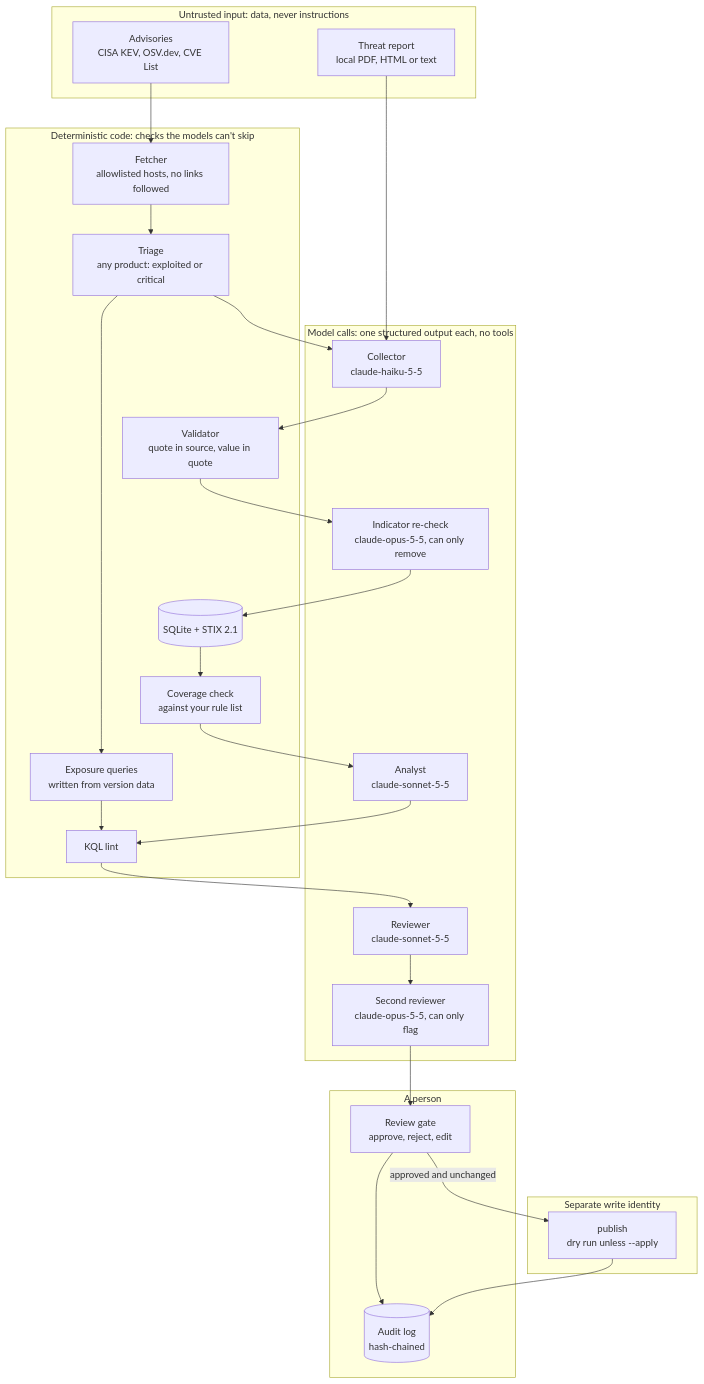
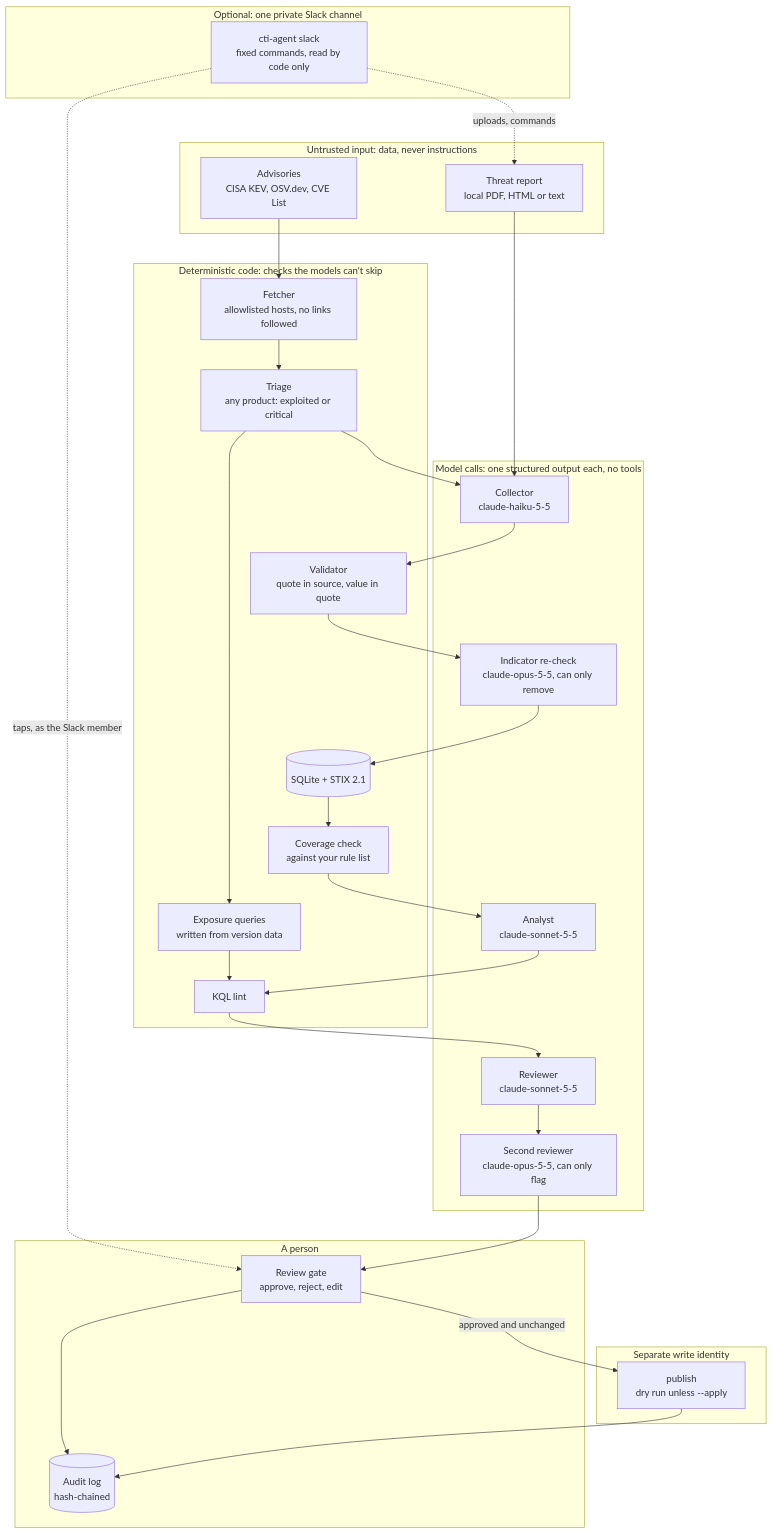
The diagram in README.md (H2oenter/cti-to-detection-agent), drawn with Mermaid before and after one commit. The commit also changed other lines of this file and 34 other files, not shown here.

First line of the commit message:
cti-agent slack: run the tool from one private Slack channel

````diff
--- a/README.md
+++ b/README.md
@@ -21,38 +22,43 @@
 ```mermaid
 flowchart TB
     subgraph untrusted["Untrusted input: data, never instructions"]
         report["Threat report<br/>local PDF, HTML or text"]
         feeds["Advisories<br/>CISA KEV, OSV.dev, CVE List"]
     end
     subgraph models["Model calls: one structured output each, no tools"]
         collector["Collector<br/>claude-haiku-5-5"]
         recheck["Indicator re-check<br/>claude-opus-5-5, can only remove"]
         analyst["Analyst<br/>claude-sonnet-5-5"]
         reviewer["Reviewer<br/>claude-sonnet-5-5"]
         reviewer2["Second reviewer<br/>claude-opus-5-5, can only flag"]
     end
     subgraph checks["Deterministic code: checks the models can't skip"]
         fetcher["Fetcher<br/>allowlisted hosts, no links followed"]
         triage["Triage<br/>any product: exploited or critical"]
         validator["Validator<br/>quote in source, value in quote"]
         store[("SQLite + STIX 2.1")]
         coverage["Coverage check<br/>against your rule list"]
         exposure["Exposure queries<br/>written from version data"]
         lint["KQL lint"]
     end
     subgraph people["A person"]
         gate["Review gate<br/>approve, reject, edit"]
         auditlog[("Audit log<br/>hash-chained")]
     end
     subgraph writer["Separate write identity"]
         publish["publish<br/>dry run unless --apply"]
     end
+    subgraph remote["Optional: one private Slack channel"]
+        slackbot["cti-agent slack<br/>fixed commands, read by code only"]
+    end
+    slackbot -. "uploads, commands" .-> report
+    slackbot -. "taps, as the Slack member" .-> gate
     report --> collector --> validator --> recheck --> store --> coverage --> analyst
     feeds --> fetcher --> triage
     triage --> collector
     triage --> exposure --> lint
     analyst --> lint --> reviewer --> reviewer2 --> gate
     gate --> auditlog
     gate -- "approved and unchanged" --> publish
     publish --> auditlog
 ```
````
